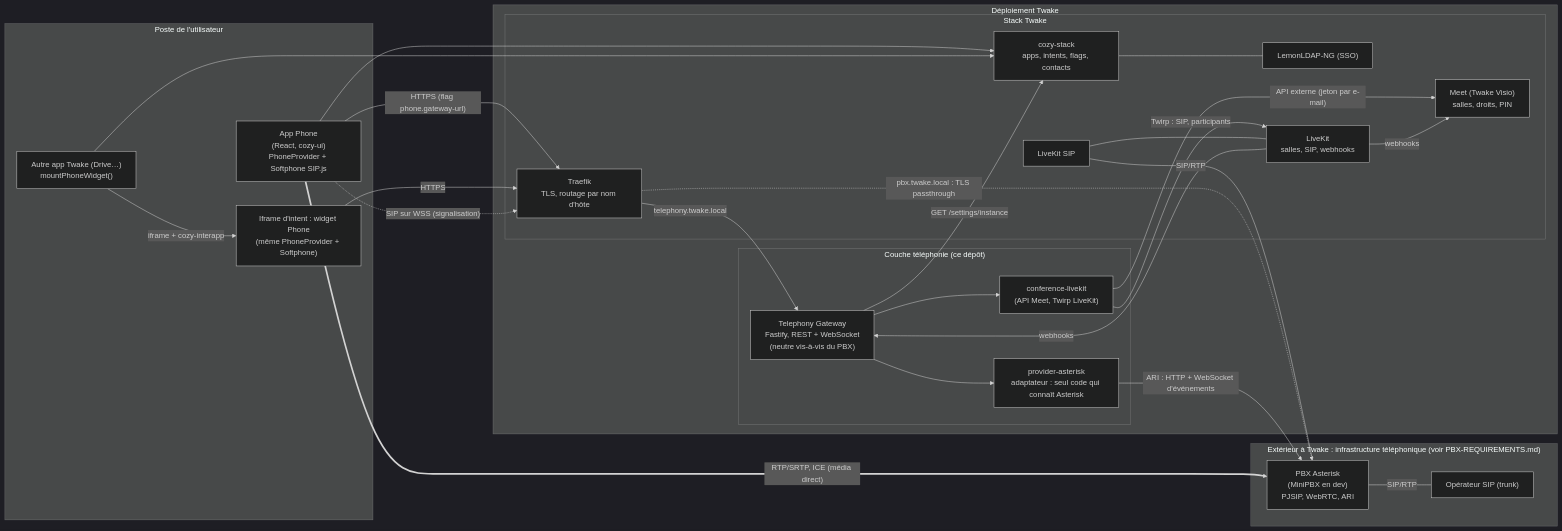
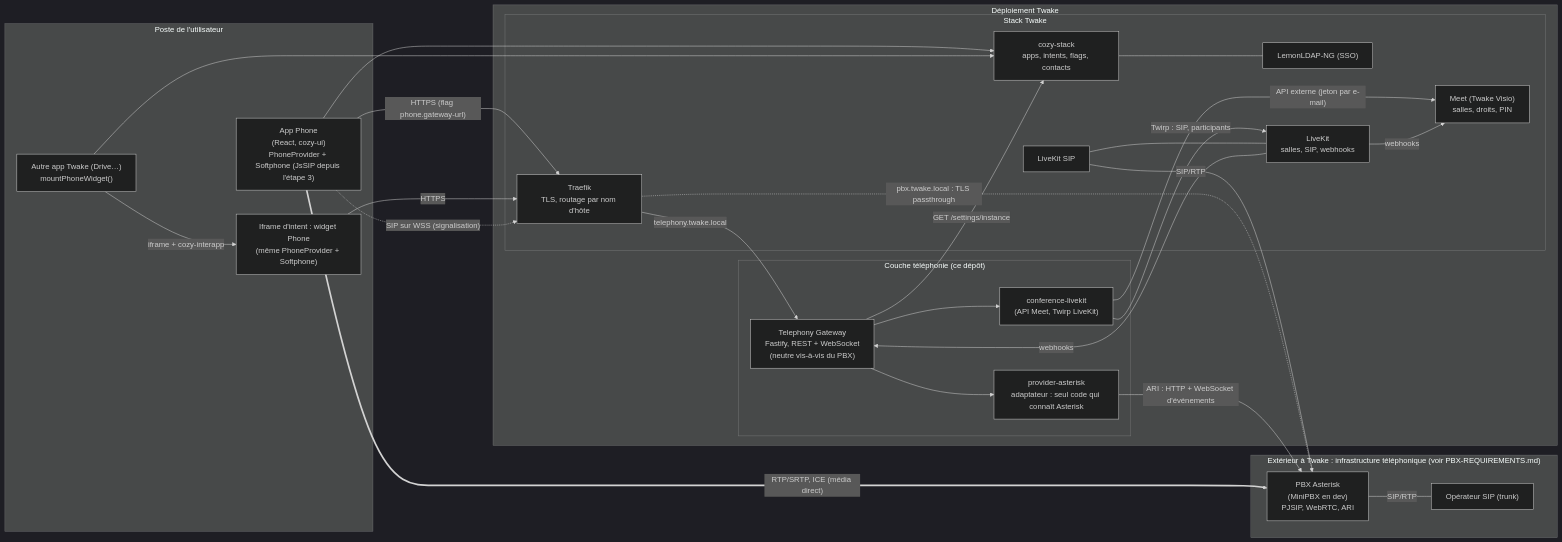
The first of 6 diagrams in docs/ARCHITECTURE.md (linagora/twake-phone), drawn with Mermaid (dark theme) before and after one commit. The commit also changed other lines of this file and 22 other files, not shown here.

````diff
--- a/docs/ARCHITECTURE.md
+++ b/docs/ARCHITECTURE.md
@@ -7,53 +7,53 @@
 ```mermaid
 flowchart LR
   subgraph Browser["Poste de l'utilisateur"]
-    Phone["App Phone<br/>(React, cozy-ui)<br/>PhoneProvider + Softphone SIP.js"]
+    Phone["App Phone<br/>(React, cozy-ui)<br/>PhoneProvider + Softphone (JsSIP depuis l'étape 3)"]
     Host["Autre app Twake (Drive…)<br/>mountPhoneWidget()"]
     Widget["Iframe d'intent : widget Phone<br/>(même PhoneProvider + Softphone)"]
     Host -- "iframe + cozy-interapp" --> Widget
   end
 
   subgraph TWAKE["Déploiement Twake"]
     subgraph Stack["Stack Twake"]
       Traefik["Traefik<br/>TLS, routage par nom d'hôte"]
       Cozy["cozy-stack<br/>apps, intents, flags, contacts"]
       SSO["LemonLDAP-NG (SSO)"]
       Meet["Meet (Twake Visio)<br/>salles, droits, PIN"]
       LK["LiveKit<br/>salles, SIP, webhooks"]
       LKSIP["LiveKit SIP"]
     end
     subgraph Tel["Couche téléphonie (ce dépôt)"]
       GW["Telephony Gateway<br/>Fastify, REST + WebSocket<br/>(neutre vis-à-vis du PBX)"]
       Prov["provider-asterisk<br/>adaptateur : seul code qui connaît Asterisk"]
       Conf["conference-livekit<br/>(API Meet, Twirp LiveKit)"]
     end
   end
 
   subgraph EXT["Extérieur à Twake : infrastructure téléphonique (voir PBX-REQUIREMENTS.md)"]
     PBX["PBX Asterisk<br/>(MiniPBX en dev)<br/>PJSIP, WebRTC, ARI"]
     Trunk["Opérateur SIP (trunk)"]
   end
 
   Phone -- "HTTPS (flag phone.gateway-url)" --> Traefik
   Widget -- "HTTPS" --> Traefik
   Traefik -- "telephony.twake.local" --> GW
   GW --> Prov
   GW --> Conf
   Prov -- "ARI : HTTP + WebSocket d'événements" --> PBX
   Conf -- "API externe (jeton par e-mail)" --> Meet
   Conf -- "Twirp : SIP, participants" --> LK
   LK -- "webhooks" --> GW
   LK -- "webhooks" --> Meet
   LKSIP --- LK
   LKSIP -- "SIP/RTP" --- PBX
   PBX -- "SIP/RTP" --- Trunk
 
   Phone -. "SIP sur WSS (signalisation)" .-> Traefik
   Traefik -. "pbx.twake.local : TLS passthrough" .-> PBX
   Phone == "RTP/SRTP, ICE (média direct)" ==> PBX
 
   Phone --> Cozy
   Host --> Cozy
   Cozy --- SSO
   GW -- "GET /settings/instance" --> Cozy
 ```
````
